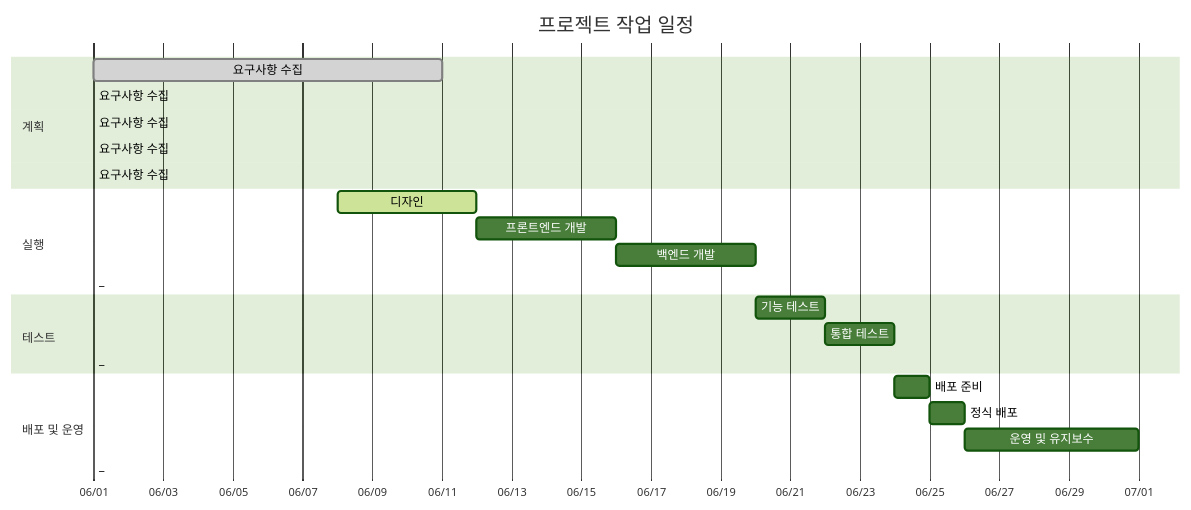
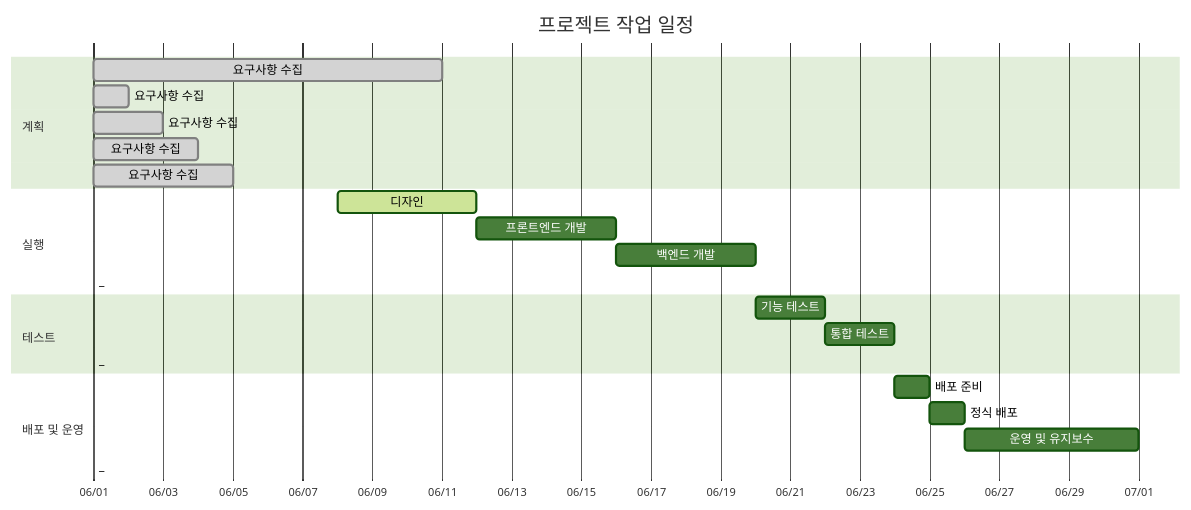
One commit to RAILWAY-2025/RAILWAY_FRONT changed the diagram in README.md. Above: the diagram before and after it, drawn with Mermaid (forest theme).

````diff
--- a/README.md
+++ b/README.md
@@ -5,31 +5,31 @@
 ```mermaid
 gantt
 title 프로젝트 작업 일정
 dateFormat YYYY-MM-DD
 axisFormat %m/%d
 %% 화면에 꽉 차 보이도록 섹션을 충분히 배치
 
 section 계획
 요구사항 수집       :done,    a1, 2025-06-01, 10d
-요구사항 수집       :done,    a1, 2025-06-01, 0d
-요구사항 수집       :done,    a1, 2025-06-01, 0d
-요구사항 수집       :done,    a1, 2025-06-01, 0d
-요구사항 수집       :done,    a1, 2025-06-01, 0d
+요구사항 수집       :done,    a1, 2025-06-01, 1d
+요구사항 수집       :done,    a1, 2025-06-01, 2d
+요구사항 수집       :done,    a1, 2025-06-01, 3d
+요구사항 수집       :done,    a1, 2025-06-01, 4d
 
 section 실행
 디자인              :active,  a3, 2025-06-08, 4d
 프론트엔드 개발       :         a4, 2025-06-12, 4d
 백엔드 개발          :         a5, 2025-06-16, 4d
  _           :done,    dummy2, 2025-06-01, 0d
 
 section 테스트
 기능 테스트          :         a6, 2025-06-20, 2d
 통합 테스트          :         a7, 2025-06-22, 2d
 _            :done,    dummy3, 2025-06-01, 0d
 
 section 배포 및 운영
 배포 준비            :         a8, 2025-06-24, 1d
 정식 배포            :         a9, 2025-06-25, 1d
 운영 및 유지보수     :         a10, 2025-06-26, 5d
  _          :done,    dummy4, 2025-06-01, 0d
 ```
````
